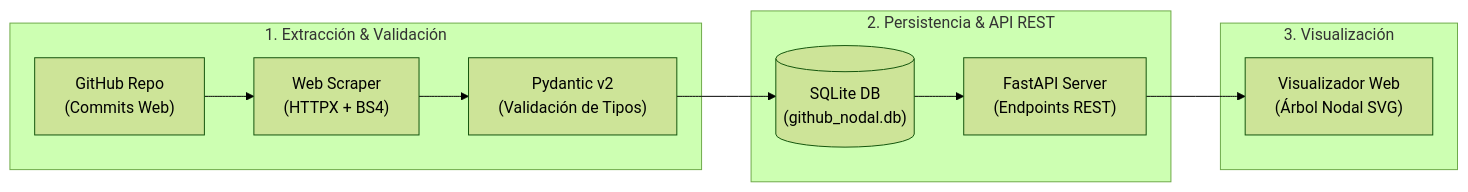
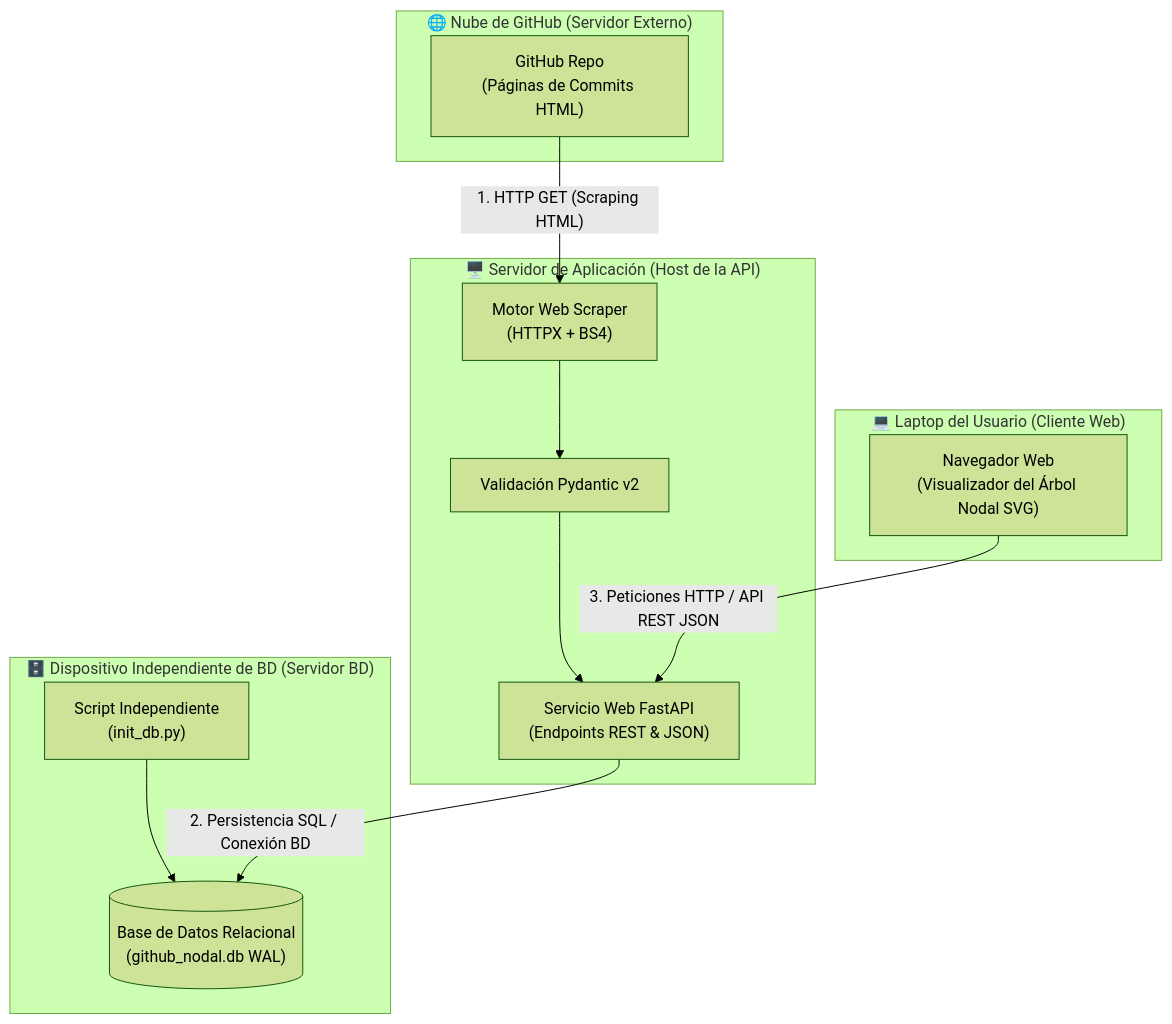
Before and after one commit to carlobeni/LPV2026-2: the diagram in README.md, drawn with Mermaid (forest theme). The commit also changed 1 other file, not shown here.

Commit message:
docs: actualizar diagrama de arquitectura mostrando dispositivos de despliegue independientes y flujo de datos

````diff
--- a/README.md
+++ b/README.md
@@ -15,16 +15,30 @@
 ```mermaid
-flowchart LR
-    subgraph Scraping["1. Extracción & Validación"]
-        GitHub["GitHub Repo<br/>(Commits Web)"] --> Scraper["Web Scraper<br/>(HTTPX + BS4)"]
-        Scraper --> Pydantic["Pydantic v2<br/>(Validación de Tipos)"]
+flowchart TD
+    subgraph Cloud["🌐 Nube de GitHub (Servidor Externo)"]
+        GitHub["GitHub Repo<br/>(Páginas de Commits HTML)"]
     end
 
-    subgraph Backend["2. Persistencia & API REST"]
-        Pydantic --> DB[("SQLite DB<br/>(github_nodal.db)")]
-        DB --> FastAPI["FastAPI Server<br/>(Endpoints REST)"]
+    subgraph AppServer["🖥️ Servidor de Aplicación (Host de la API)"]
+        Scraper["Motor Web Scraper<br/>(HTTPX + BS4)"]
+        Pydantic["Validación Pydantic v2"]
+        FastAPI["Servicio Web FastAPI<br/>(Endpoints REST & JSON)"]
+        
+        Scraper --> Pydantic
+        Pydantic --> FastAPI
     end
 
-    subgraph Frontend["3. Visualización"]
-        FastAPI --> Visualizer["Visualizador Web<br/>(Árbol Nodal SVG)"]
+    subgraph DBDevice["🗄️ Dispositivo Independiente de BD (Servidor BD)"]
+        ScriptInit["Script Independiente<br/>(init_db.py)"]
+        SQLiteDB[("Base de Datos Relacional<br/>(github_nodal.db WAL)")]
+        ScriptInit --> SQLiteDB
     end
+
+    subgraph ClientLaptop["💻 Laptop del Usuario (Cliente Web)"]
+        Browser["Navegador Web<br/>(Visualizador del Árbol Nodal SVG)"]
+    end
+
+    %% Flujos de Información y Protocolos
+    GitHub -- "1. HTTP GET (Scraping HTML)" --> Scraper
+    FastAPI -- "2. Persistencia SQL / Conexión BD" --> SQLiteDB
+    Browser -- "3. Peticiones HTTP / API REST JSON" --> FastAPI
 ```
````
